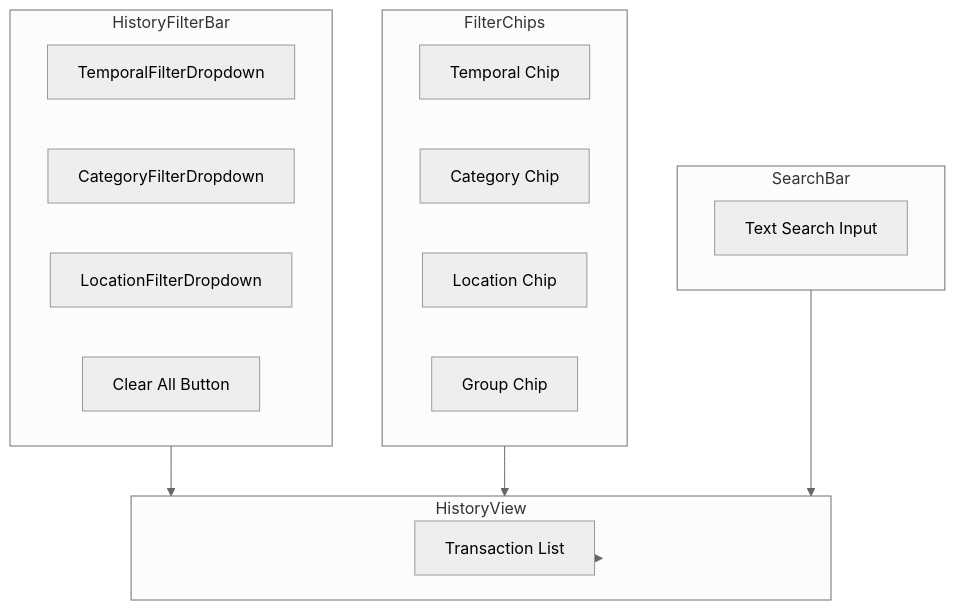
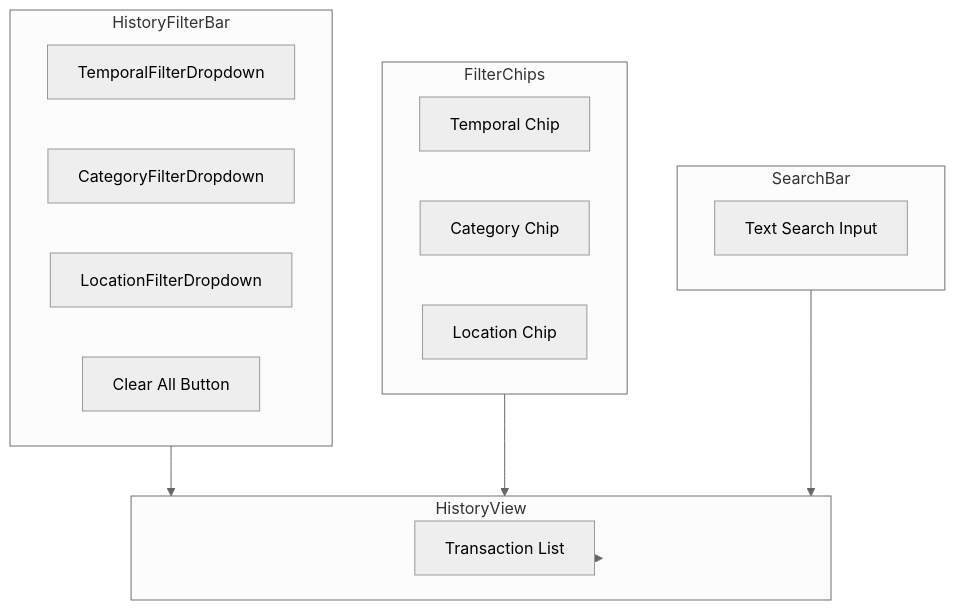
Before and after one commit to Brownbull/gmni_boletapp: the eighth of 11 diagrams in docs/architecture/diagrams/filtering-system.md, drawn with Mermaid (neutral theme). The commit also changed other lines of this file and 224 other files, not shown here.

````diff
--- a/docs/architecture/diagrams/filtering-system.md
+++ b/docs/architecture/diagrams/filtering-system.md
@@ -280,29 +248,28 @@
 ```mermaid
 flowchart TB
     subgraph Bar["HistoryFilterBar"]
         TFD[TemporalFilterDropdown]
         CFD[CategoryFilterDropdown]
         LFD[LocationFilterDropdown]
         CLR[Clear All Button]
     end
 
     subgraph Chips["FilterChips"]
         TC[Temporal Chip]
         CC[Category Chip]
         LC[Location Chip]
-        GC[Group Chip]
     end
 
     subgraph Search["SearchBar"]
         SB[Text Search Input]
     end
 
     subgraph View["HistoryView"]
         List[Transaction List]
     end
 
     Bar --> View
     Chips --> View
     Search --> View
     View --> List
 ```
````
